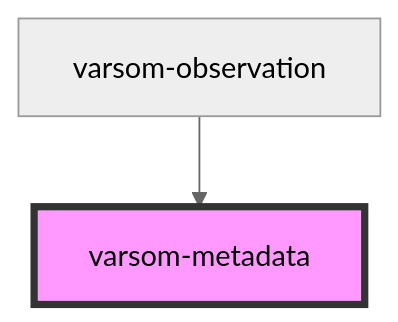
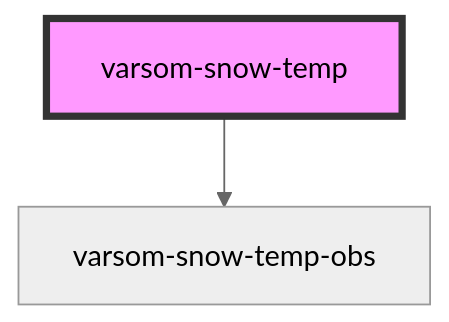
Before and after one commit to NVE/varsom-observation: the diagram in observasjonskort/src/components/varsom-snow-temp/readme.md, drawn with Mermaid (neutral theme). The commit also changed other lines of this file and 27 other files, not shown here.

````diff
--- a/observasjonskort/src/components/varsom-snow-temp/readme.md
+++ b/observasjonskort/src/components/varsom-snow-temp/readme.md
@@ -29,5 +23,5 @@
 ```mermaid
 graph TD;
-  varsom-observation --> varsom-metadata
-  style varsom-metadata fill:#f9f,stroke:#333,stroke-width:4px
+  varsom-snow-temp --> varsom-snow-temp-obs
+  style varsom-snow-temp fill:#f9f,stroke:#333,stroke-width:4px
 ```
````
